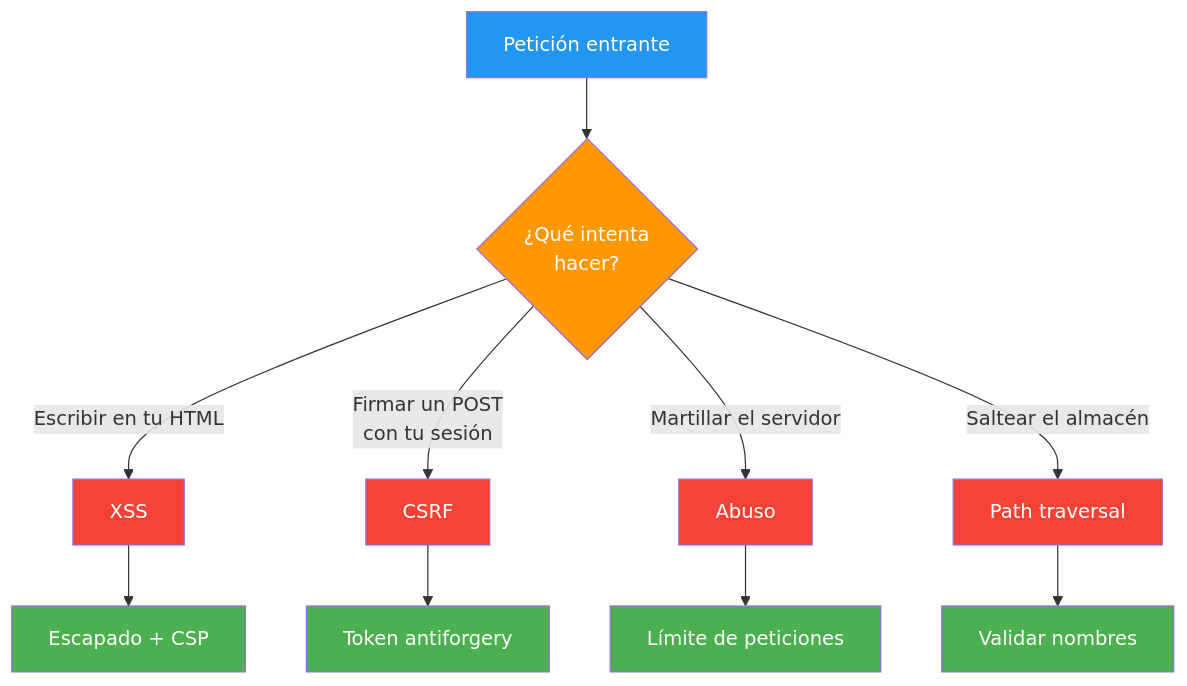
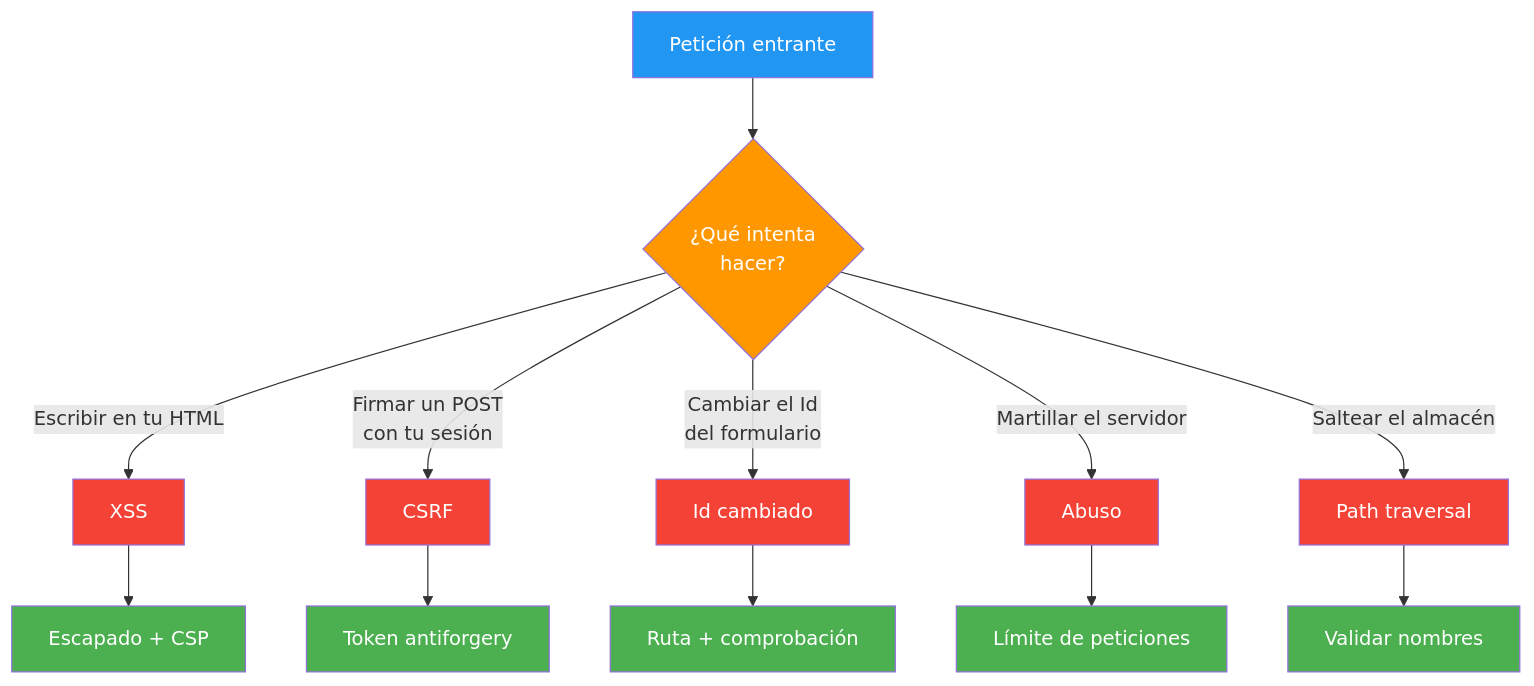
The second of 2 diagrams in 15-validaciones-seguridad.md (joseluisgs/DesarrolloWebEntornosServidor-03-2026-2027), drawn with Mermaid before and after one commit. The commit also changed other lines of this file and 5 other files, not shown here.

````diff
--- a/15-validaciones-seguridad.md
+++ b/15-validaciones-seguridad.md
@@ -204,22 +206,26 @@
 ```mermaid
 graph TD
     A["Petición entrante"] --> B{"¿Qué intenta<br/>hacer?"}
     B -->|"Escribir en tu HTML"| C["XSS"]
     B -->|"Firmar un POST<br/>con tu sesión"| D["CSRF"]
+    B -->|"Cambiar el Id<br/>del formulario"| K["Id cambiado"]
     B -->|"Martillar el servidor"| E["Abuso"]
     B -->|"Saltear el almacén"| F["Path traversal"]
     C --> G["Escapado + CSP"]
     D --> H["Token antiforgery"]
+    K --> L["Ruta + comprobación"]
     E --> I["Límite de peticiones"]
     F --> J["Validar nombres"]
     style A fill:#2196F3,color:#fff
     style B fill:#FF9800,color:#fff
     style C fill:#f44336,color:#fff
     style D fill:#f44336,color:#fff
     style E fill:#f44336,color:#fff
     style F fill:#f44336,color:#fff
     style G fill:#4CAF50,color:#fff
     style H fill:#4CAF50,color:#fff
     style I fill:#4CAF50,color:#fff
     style J fill:#4CAF50,color:#fff
+    style K fill:#f44336,color:#fff
+    style L fill:#4CAF50,color:#fff
 ```
````
